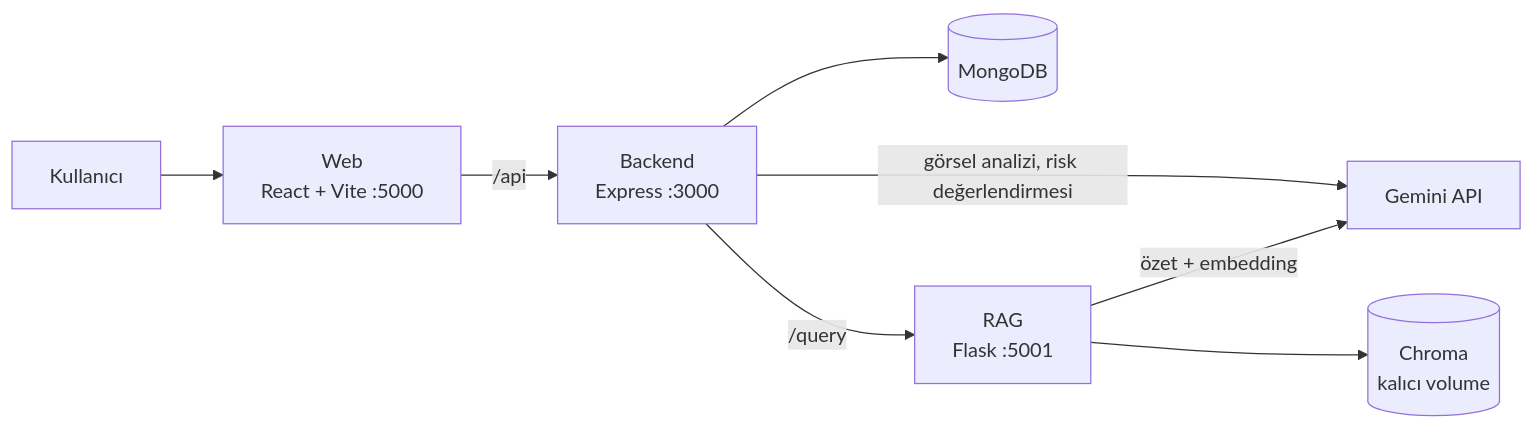
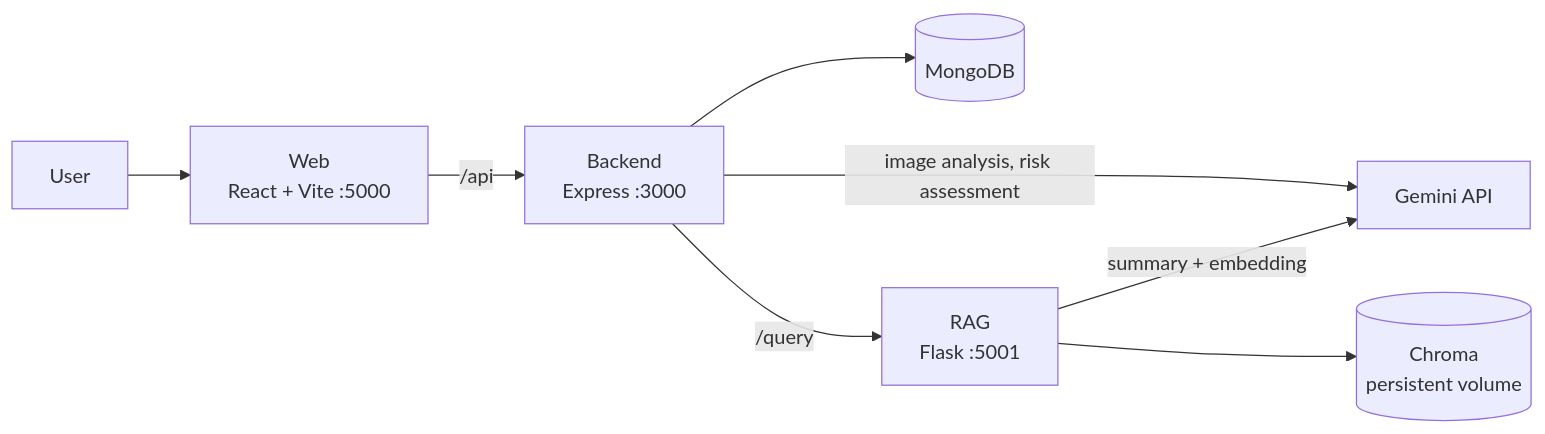
The diagram in README.md (yagizerdem/DeuHackaton), drawn with Mermaid before and after one commit. The commit also changed other lines of this file and 43 other files, not shown here.

````diff
--- a/README.md
+++ b/README.md
@@ -42,10 +62,10 @@
 ```mermaid
 flowchart LR
-    U[Kullanıcı] --> W[Web<br/>React + Vite :5000]
+    U[User] --> W[Web<br/>React + Vite :5000]
     W -->|/api| B[Backend<br/>Express :3000]
     B --> M[(MongoDB)]
-    B -->|görsel analizi, risk değerlendirmesi| G[Gemini API]
+    B -->|image analysis, risk assessment| G[Gemini API]
     B -->|/query| R[RAG<br/>Flask :5001]
-    R --> C[(Chroma<br/>kalıcı volume)]
-    R -->|özet + embedding| G
+    R --> C[(Chroma<br/>persistent volume)]
+    R -->|summary + embedding| G
 ```
````
